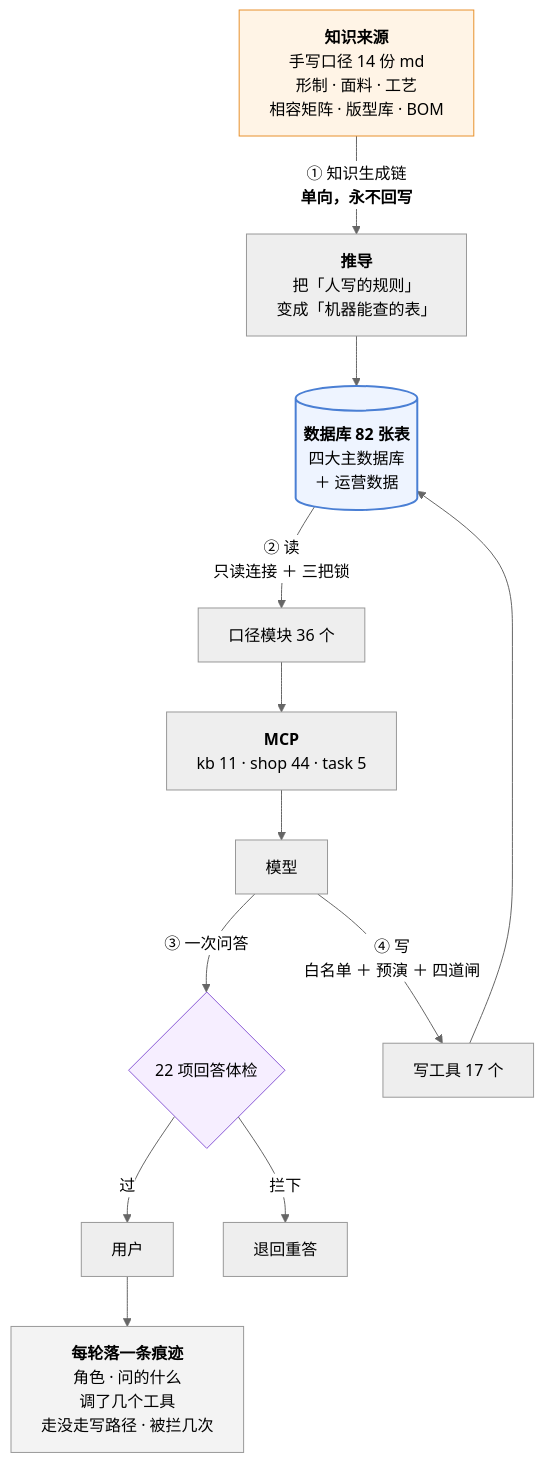
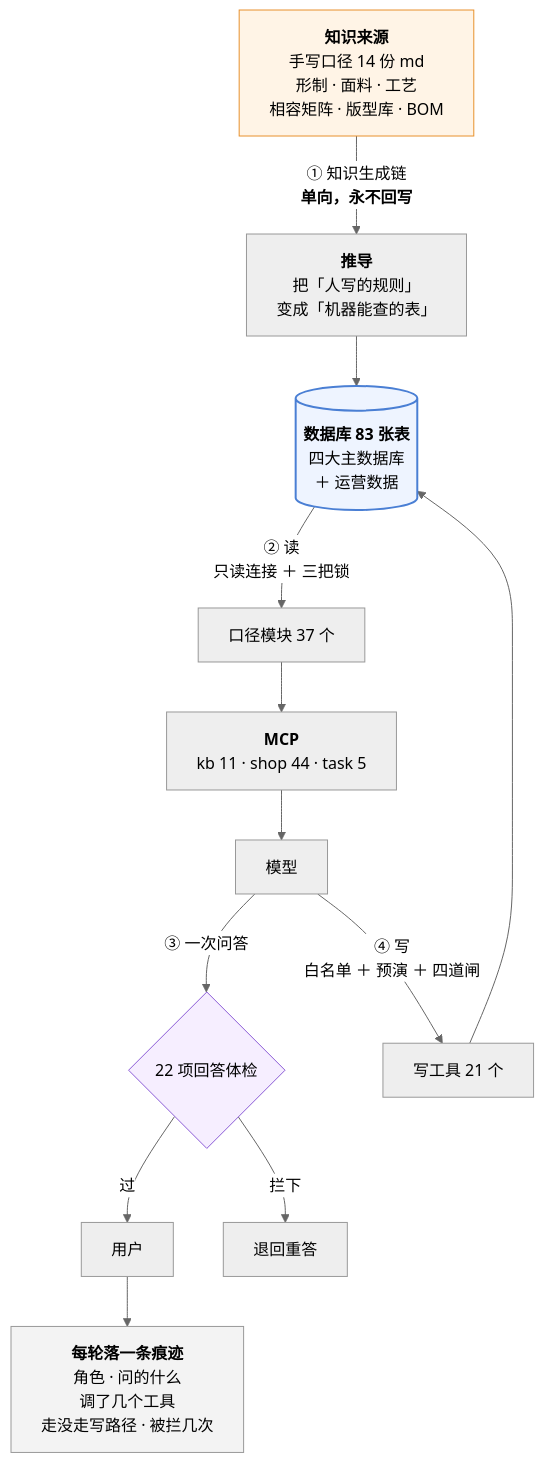
One commit to 843773296-rgb/lanxiu-yunshang-agent changed the third of 3 diagrams in 澜绣云裳agent-产品说明.md. Above: the diagram before and after it, drawn with Mermaid (neutral theme). The commit also changed other lines of this file and 18 other files, not shown here.

````diff
--- a/澜绣云裳agent-产品说明.md
+++ b/澜绣云裳agent-产品说明.md
@@ -805,24 +805,24 @@
 ```mermaid
 flowchart TD
     MD["<b>知识来源</b><br/>手写口径 14 份 md<br/>形制 · 面料 · 工艺<br/>相容矩阵 · 版型库 · BOM"]
     MD -->|"① 知识生成链<br/><b>单向，永不回写</b>"| DV["<b>推导</b><br/>把「人写的规则」<br/>变成「机器能查的表」"]
-    DV --> DB[("<b>数据库 82 张表</b><br/>四大主数据库<br/>＋ 运营数据")]
+    DV --> DB[("<b>数据库 83 张表</b><br/>四大主数据库<br/>＋ 运营数据")]
 
-    DB -->|"② 读<br/>只读连接 ＋ 三把锁"| KJ["口径模块 36 个"]
+    DB -->|"② 读<br/>只读连接 ＋ 三把锁"| KJ["口径模块 37 个"]
     KJ --> MCP["<b>MCP</b><br/>kb 11 · shop 44 · task 5"]
     MCP --> LLM["模型"]
 
     LLM -->|"③ 一次问答"| GD{"22 项回答体检"}
     GD -- 过 --> U["用户"]
     GD -- 拦下 --> RE["退回重答"]
 
-    LLM -->|"④ 写<br/>白名单 ＋ 预演 ＋ 四道闸"| W["写工具 17 个"]
+    LLM -->|"④ 写<br/>白名单 ＋ 预演 ＋ 四道闸"| W["写工具 21 个"]
     W --> DB
 
     U --> TR["<b>每轮落一条痕迹</b><br/>角色 · 问的什么<br/>调了几个工具<br/>走没走写路径 · 被拦几次"]
 
     style MD fill:#fff4e6,stroke:#e8912d
     style DB fill:#eef4ff,stroke:#4a7fd4,stroke-width:2px
     style GD fill:#f6eeff,stroke:#8b5cd6
     style TR fill:#f3f3f3,stroke:#999
 ```
````
